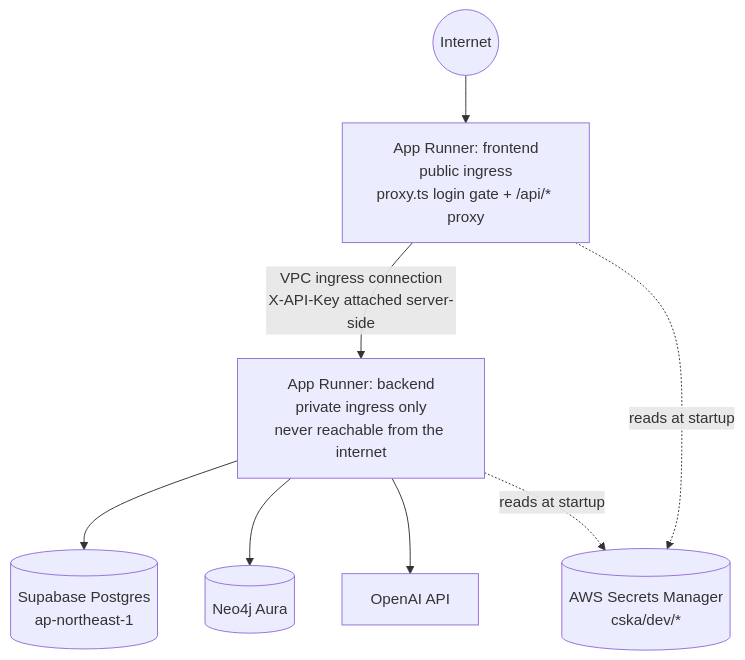
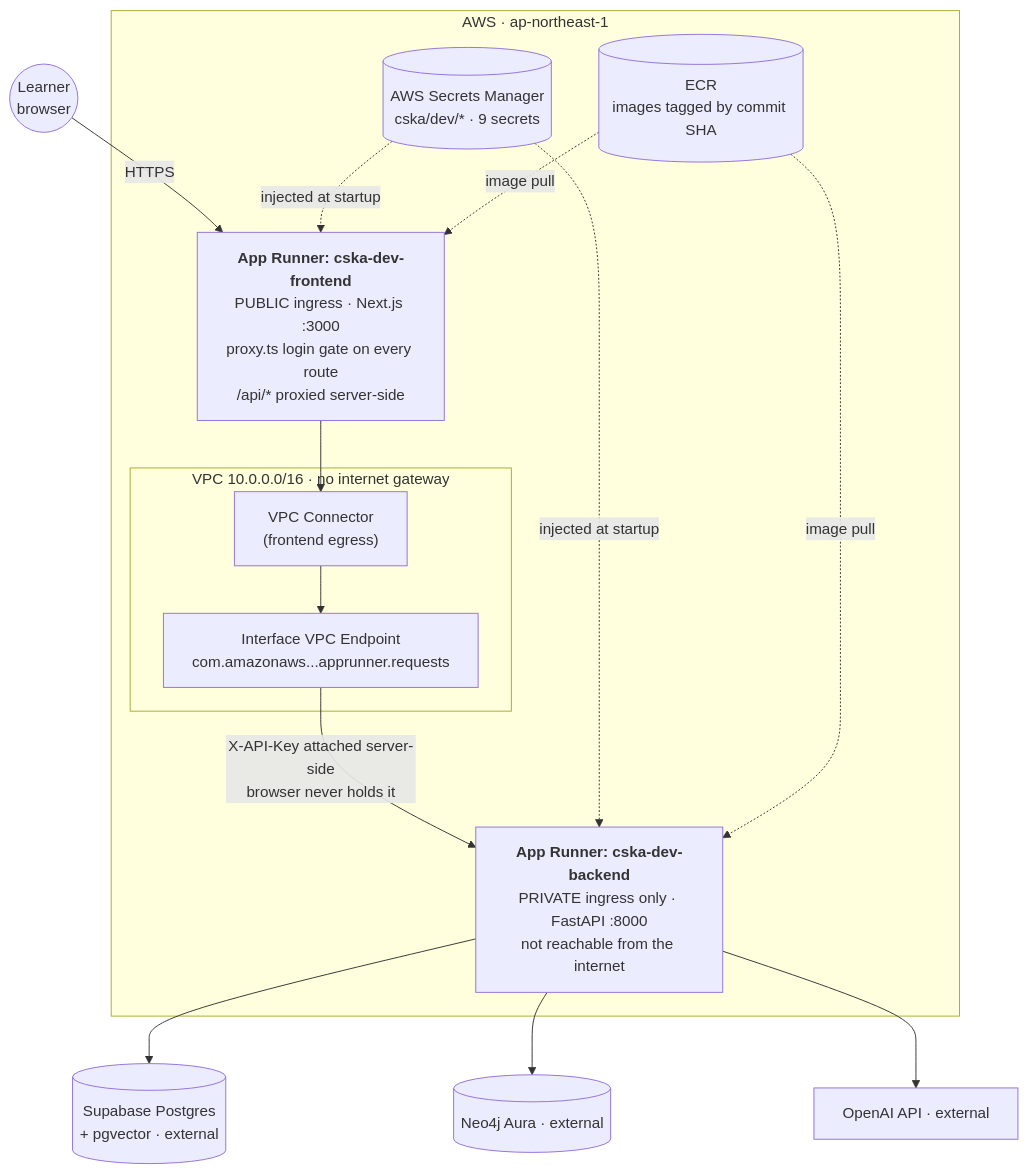
The second of 5 diagrams in README.md (saurabhkamal/Customer-Support-Knowledge-Assistant), drawn with Mermaid before and after one commit. The commit also changed other lines of this file, not shown here.

First line of the commit message:
Add live demo link and update AWS architecture diagram

````diff
--- a/README.md
+++ b/README.md
@@ -29,10 +42,30 @@
 ```mermaid
 flowchart TD
-    Internet((Internet)) --> FrontendSvc["App Runner: frontend<br/>public ingress<br/>proxy.ts login gate + /api/* proxy"]
-    FrontendSvc -->|"VPC ingress connection<br/>X-API-Key attached server-side"| BackendSvc["App Runner: backend<br/>private ingress only<br/>never reachable from the internet"]
-    BackendSvc --> Postgres[("Supabase Postgres<br/>ap-northeast-1")]
-    BackendSvc --> Neo4j[("Neo4j Aura")]
-    BackendSvc --> OpenAI["OpenAI API"]
-    BackendSvc -.->|"reads at startup"| Secrets[("AWS Secrets Manager<br/>cska/dev/*")]
-    FrontendSvc -.->|"reads at startup"| Secrets
+    Learner((Learner<br/>browser)) -->|HTTPS| FrontendSvc
+
+    subgraph AWS["AWS · ap-northeast-1"]
+        FrontendSvc["<b>App Runner: cska-dev-frontend</b><br/>PUBLIC ingress · Next.js :3000<br/>proxy.ts login gate on every route<br/>/api/* proxied server-side"]
+
+        subgraph VPC["VPC 10.0.0.0/16 · no internet gateway"]
+            Connector["VPC Connector<br/>(frontend egress)"]
+            Endpoint["Interface VPC Endpoint<br/>com.amazonaws...apprunner.requests"]
+        end
+
+        BackendSvc["<b>App Runner: cska-dev-backend</b><br/>PRIVATE ingress only · FastAPI :8000<br/>not reachable from the internet"]
+        Secrets[("AWS Secrets Manager<br/>cska/dev/* · 9 secrets")]
+        ECR[("ECR<br/>images tagged by commit SHA")]
+    end
+
+    FrontendSvc --> Connector
+    Connector --> Endpoint
+    Endpoint -->|"X-API-Key attached server-side<br/>browser never holds it"| BackendSvc
+
+    BackendSvc --> Postgres[("Supabase Postgres<br/>+ pgvector · external")]
+    BackendSvc --> Neo4j[("Neo4j Aura · external")]
+    BackendSvc --> OpenAI["OpenAI API · external"]
+
+    Secrets -.->|injected at startup| FrontendSvc
+    Secrets -.->|injected at startup| BackendSvc
+    ECR -.->|image pull| FrontendSvc
+    ECR -.->|image pull| BackendSvc
 ```
````
